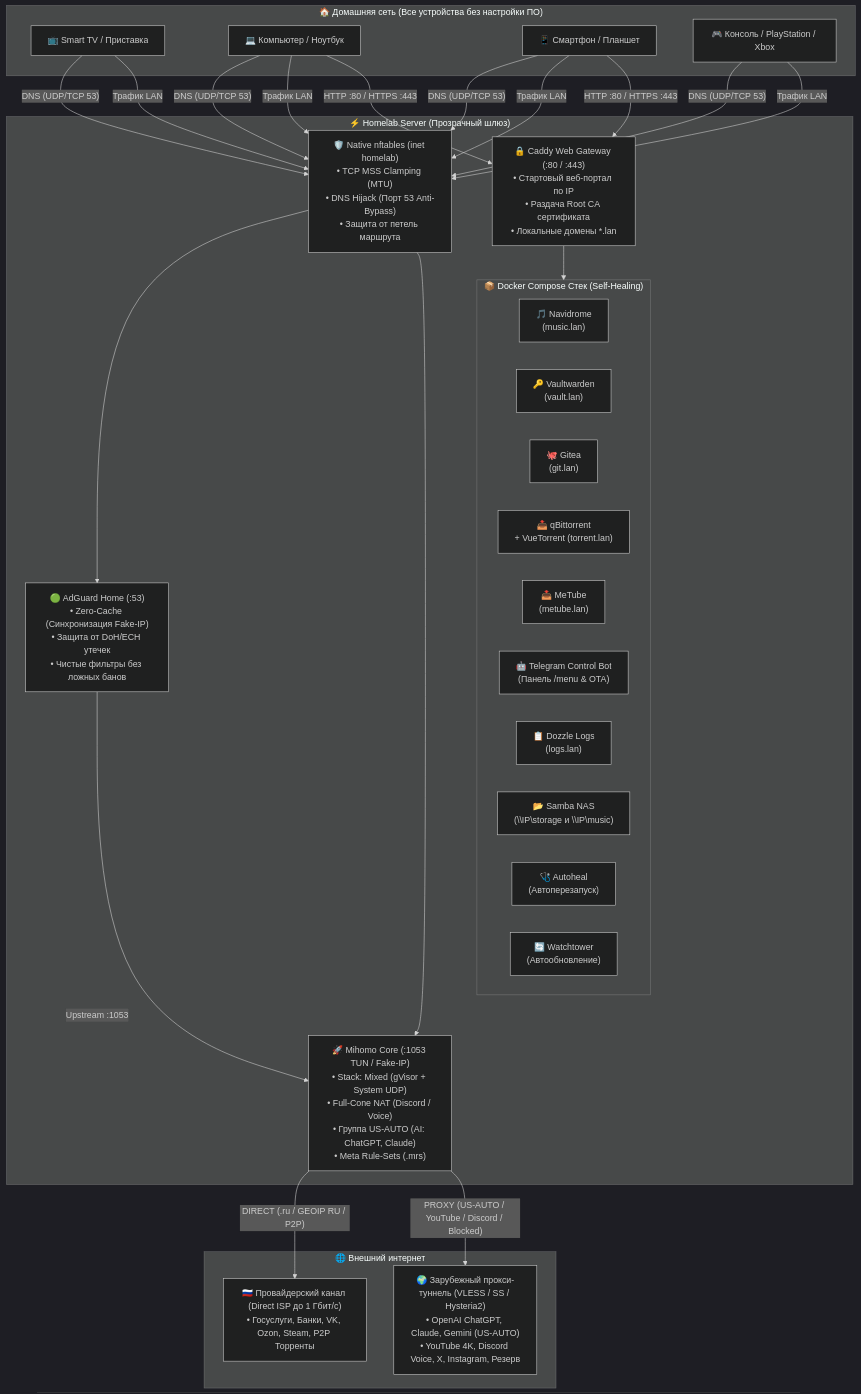
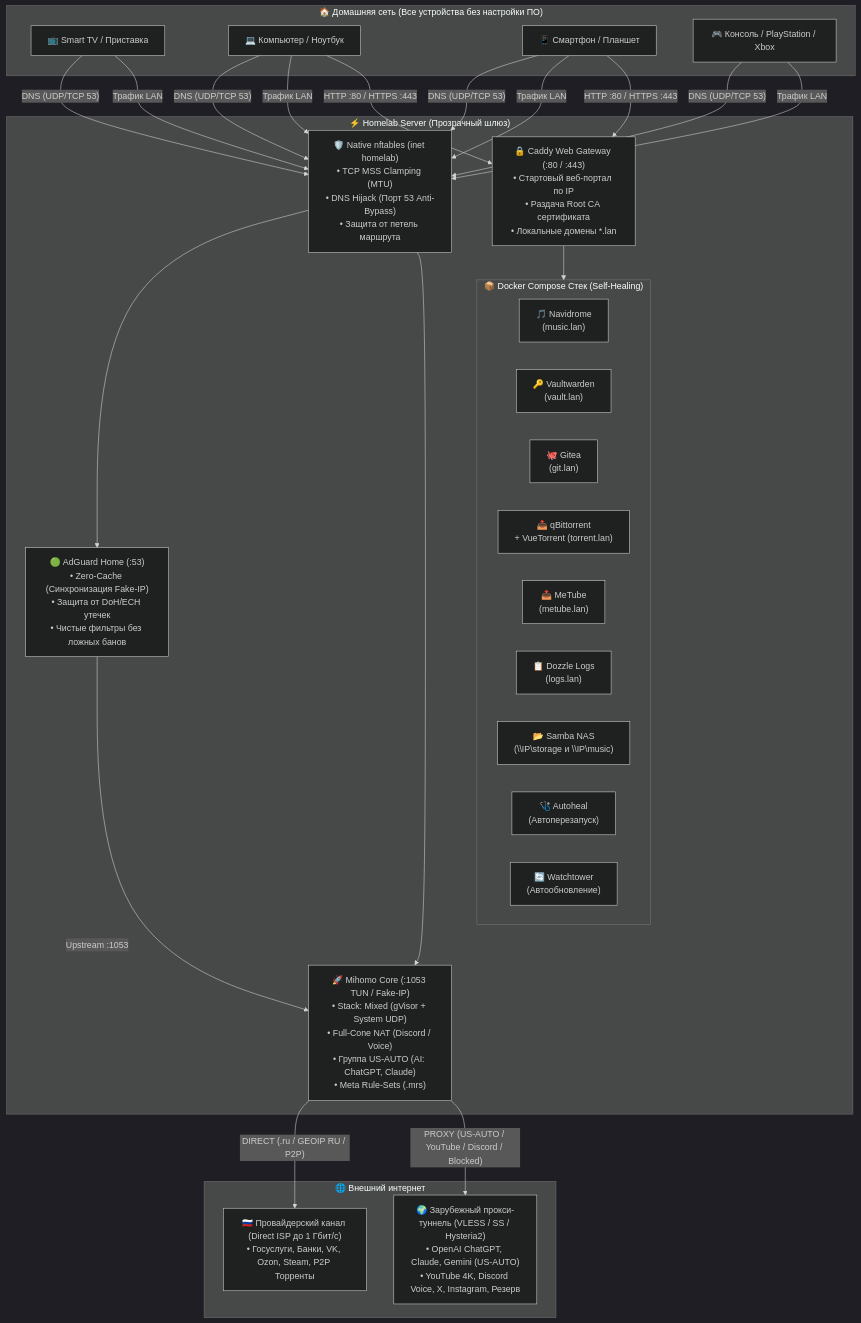
One commit to unknownpeace/Medal changed the diagram in README.md. Above: the diagram before and after it, drawn with Mermaid (dark theme). The commit also changed other lines of this file and 12 other files, not shown here.

Commit message:
refactor: completely purge telegram bot, remove host yt-dlp, fix CLI syntax error, add MeTube rewrites, audit and optimize to v2.8.3

````diff
--- a/README.md
+++ b/README.md
@@ -72,50 +72,56 @@
 ```mermaid
 flowchart TD
     subgraph LAN[" 🏠 Домашняя сеть (Все устройства без настройки ПО) "]
         TV["📺 Smart TV / Приставка"]
         PC["💻 Компьютер / Ноутбук"]
         PHONE["📱 Смартфон / Планшет"]
         CONSOLE["🎮 Консоль / PlayStation / Xbox"]
     end
 
     subgraph SERVER[" ⚡ Homelab Server (Прозрачный шлюз) "]
         NFT["🛡️ Native nftables (inet homelab)<br/>• TCP MSS Clamping (MTU)<br/>• DNS Hijack (Порт 53 Anti-Bypass)<br/>• Защита от петель маршрута"]
         
         AGH["🟢 AdGuard Home (:53)<br/>• Zero-Cache (Синхронизация Fake-IP)<br/>• Защита от DoH/ECH утечек<br/>• Чистые фильтры без ложных банов"]
         
         MIHOMO["🚀 Mihomo Core (:1053 TUN / Fake-IP)<br/>• Stack: Mixed (gVisor + System UDP)<br/>• Full-Cone NAT (Discord / Voice)<br/>• Группа US-AUTO (AI: ChatGPT, Claude)<br/>• Meta Rule-Sets (.mrs)"]
 
         CADDY["🔒 Caddy Web Gateway (:80 / :443)<br/>• Стартовый веб-портал по IP<br/>• Раздача Root CA сертификата<br/>• Локальные домены *.lan"]
 
         subgraph APPS[" 📦 Docker Compose Стек (Self-Healing) "]
             NAVI["🎵 Navidrome<br/>(music.lan)"]
             VW["🔑 Vaultwarden<br/>(vault.lan)"]
             GIT["🐙 Gitea<br/>(git.lan)"]
             QBIT["📥 qBittorrent<br/>+ VueTorrent (torrent.lan)"]
             METUBE["📥 MeTube<br/>(metube.lan)"]
-            BOT["🤖 Telegram Control Bot<br/>(Панель /menu & OTA)"]
             DOZZLE["📋 Dozzle Logs<br/>(logs.lan)"]
             SMB["📂 Samba NAS<br/>(\\IP\storage и \\IP\music)"]
             HEAL["🩺 Autoheal<br/>(Автоперезапуск)"]
             WT["🔄 Watchtower<br/>(Автообновление)"]
         end
     end
 
     subgraph INTERNET[" 🌐 Внешний интернет "]
         DIRECT_NET["🇷🇺 Провайдерский канал (Direct ISP до 1 Гбит/с)<br/>• Госуслуги, Банки, VK, Ozon, Steam, P2P Торренты"]
         PROXY_NET["🌍 Зарубежный прокси-туннель (VLESS / SS / Hysteria2)<br/>• OpenAI ChatGPT, Claude, Gemini (US-AUTO)<br/>• YouTube 4K, Discord Voice, X, Instagram, Резерв"]
     end
 
-    TV & PC & PHONE & CONSOLE -->|"DNS (UDP/TCP 53)"| NFT
+    TV -->|"DNS (UDP/TCP 53)"| NFT
+    PC -->|"DNS (UDP/TCP 53)"| NFT
+    PHONE -->|"DNS (UDP/TCP 53)"| NFT
+    CONSOLE -->|"DNS (UDP/TCP 53)"| NFT
     NFT --> AGH
     AGH -->|"Upstream :1053"| MIHOMO
     
-    TV & PC & PHONE & CONSOLE -->|"Трафик LAN"| NFT
+    TV -->|"Трафик LAN"| NFT
+    PC -->|"Трафик LAN"| NFT
+    PHONE -->|"Трафик LAN"| NFT
+    CONSOLE -->|"Трафик LAN"| NFT
     NFT --> MIHOMO
 
     MIHOMO -->|"DIRECT (.ru / GEOIP RU / P2P)"| DIRECT_NET
     MIHOMO -->|"PROXY (US-AUTO / YouTube / Discord / Blocked)"| PROXY_NET
 
-    PC & PHONE -->|"HTTP :80 / HTTPS :443"| CADDY
+    PC -->|"HTTP :80 / HTTPS :443"| CADDY
+    PHONE -->|"HTTP :80 / HTTPS :443"| CADDY
     CADDY --> APPS
 ```
````
